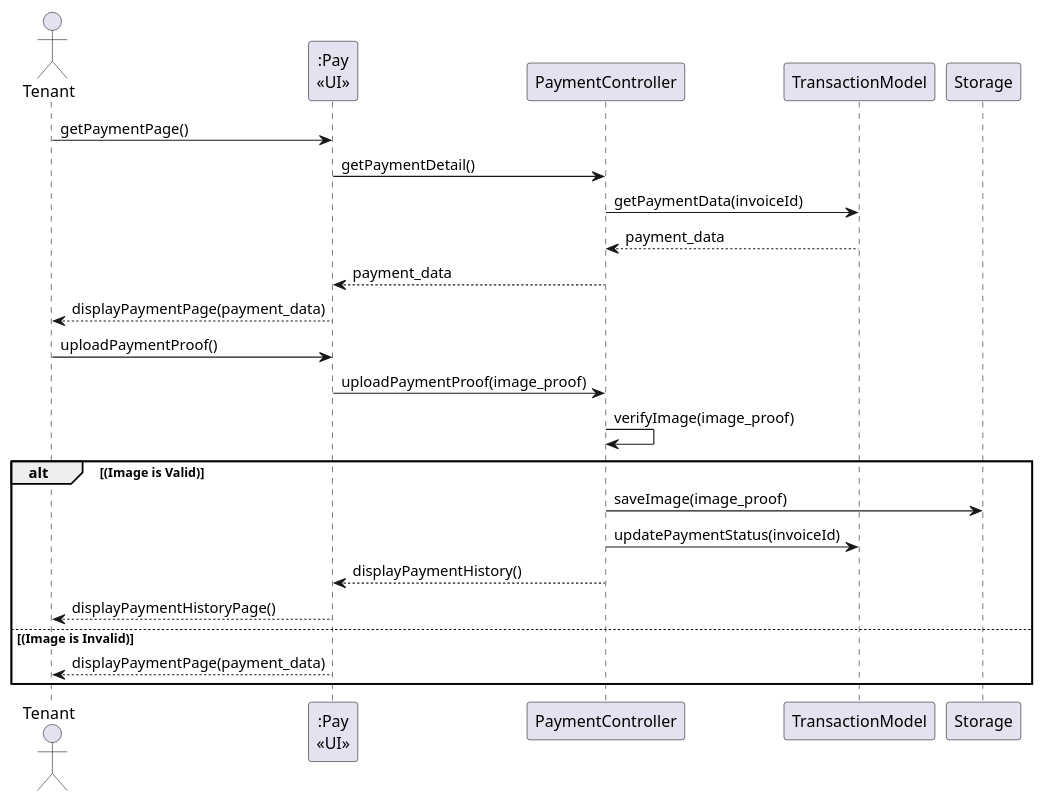
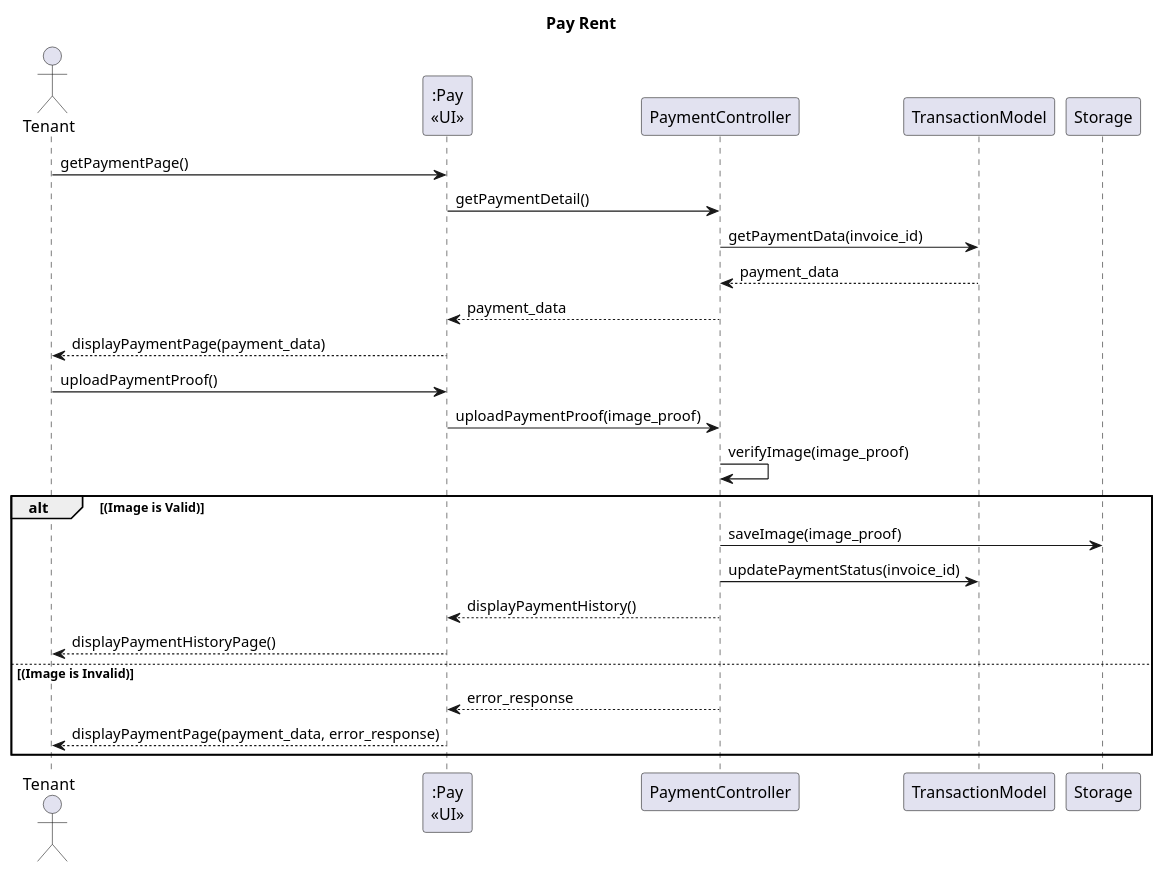
The diagram in Design/BHFMS_SEQUENCE/Tenant/Pay Rent v2.puml (AntWort21/BHFMS), drawn with PlantUML before and after one commit. The commit also changed 32 other files, not shown here.

```diff
--- a/Design/BHFMS_SEQUENCE/Tenant/Pay Rent v2.puml
+++ b/Design/BHFMS_SEQUENCE/Tenant/Pay Rent v2.puml
@@ -1,25 +1,28 @@
 @startuml
+title Pay Rent
 actor "Tenant" as act
 participant ":Pay\n<<UI>>" as view
 participant PaymentController as ctrl
 participant TransactionModel as tm
 participant Storage as stg
+
 act -> view: getPaymentPage()
 view -> ctrl: getPaymentDetail()
-ctrl -> tm : getPaymentData(invoiceId)
+ctrl -> tm : getPaymentData(invoice_id)
 ctrl <-- tm : payment_data
 view <-- ctrl : payment_data
 act <-- view : displayPaymentPage(payment_data) 
 
 act -> view : uploadPaymentProof()
 view -> ctrl:  uploadPaymentProof(image_proof)
 ctrl -> ctrl: verifyImage(image_proof)
 alt (Image is Valid) 
-ctrl -> stg : saveImage(image_proof)
-ctrl -> tm: updatePaymentStatus(invoiceId)
-view <-- ctrl : displayPaymentHistory()
-act <-- view: displayPaymentHistoryPage()
+    ctrl -> stg : saveImage(image_proof)
+    ctrl -> tm: updatePaymentStatus(invoice_id)
+    view <-- ctrl : displayPaymentHistory()
+    act <-- view: displayPaymentHistoryPage()
 else (Image is Invalid)
-act <-- view: displayPaymentPage(payment_data) 
+    view <-- ctrl : error_response
+    act <-- view: displayPaymentPage(payment_data, error_response) 
 end
 @enduml
```
